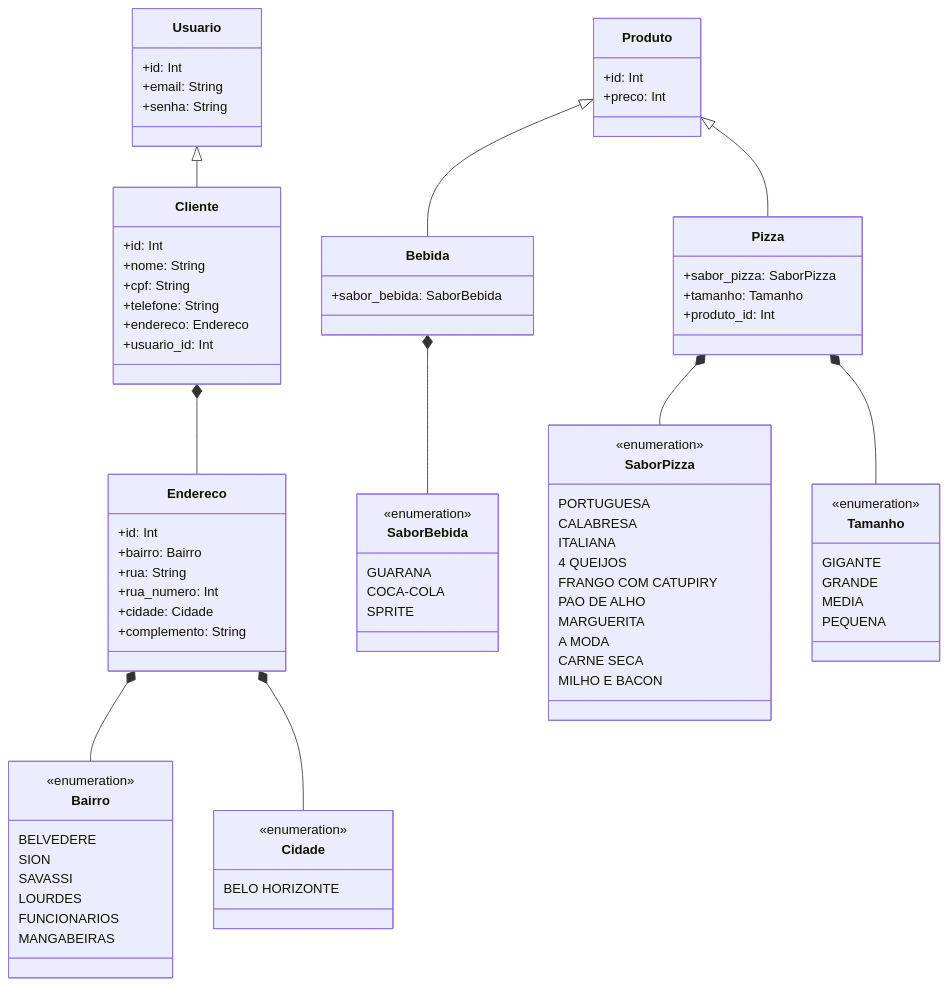
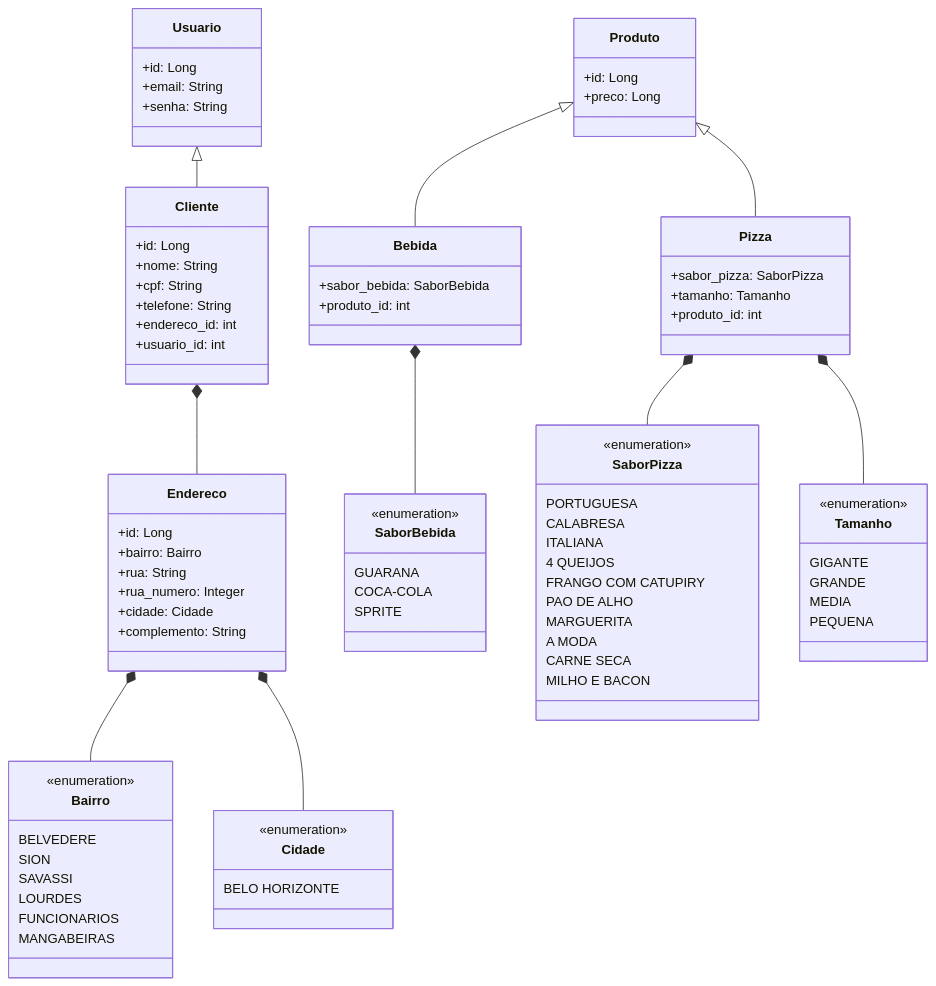
The second of 2 diagrams in README.md (Henrique-coelho/engsoftware-pizzaria-backend), drawn with Mermaid before and after one commit. The commit also changed other lines of this file and 3 other files, not shown here.

````diff
--- a/README.md
+++ b/README.md
@@ -71,23 +69,23 @@
 ```mermaid
 classDiagram
     class Usuario {
-        +id: Int
+        +id: Long
         +email: String
         +senha: String
     }
     class Cliente {
-        +id: Int
+        +id: Long
         +nome: String
         +cpf: String 
         +telefone: String
-        +endereco: Endereco
-        +usuario_id: Int
+        +endereco_id: int
+        +usuario_id: int
     }
     class Endereco {
-        +id: Int
+        +id: Long
         +bairro: Bairro
         +rua: String
-        +rua_numero: Int
+        +rua_numero: Integer
         +cidade: Cidade
         +complemento: String
     }
@@ -110,11 +108,12 @@
     Usuario <|-- Cliente
 
     class Produto {
-        +id: Int
-        +preco: Int
+        +id: Long
+        +preco: Long
     }
     class Bebida {
         +sabor_bebida: SaborBebida
+        +produto_id: int
     }
     class SaborBebida {
         <<enumeration>>
@@ -125,7 +124,7 @@
     class Pizza {
         +sabor_pizza: SaborPizza
         +tamanho: Tamanho 
-        +produto_id: Int
+        +produto_id: int
     }
     class SaborPizza {
         <<enumeration>>
@@ -152,7 +151,4 @@
     Produto <|-- Pizza
     Pizza *-- SaborPizza
     Pizza *-- Tamanho
-
-    
-
 ```
````
